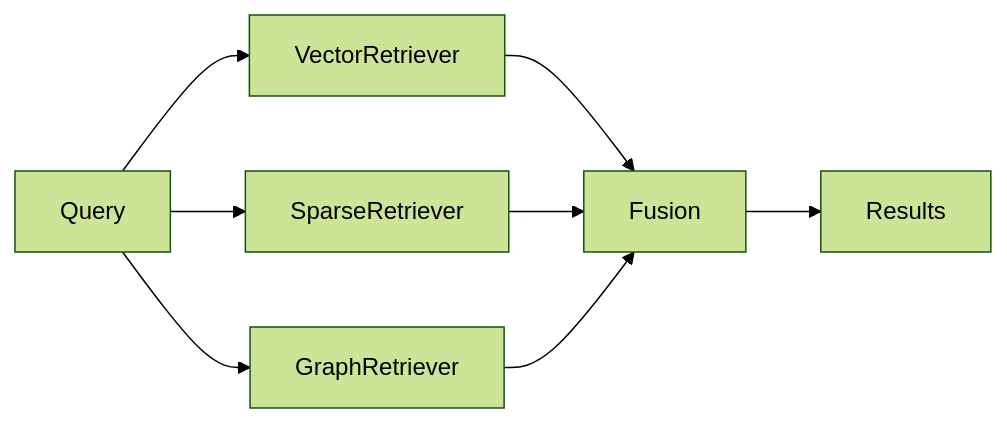
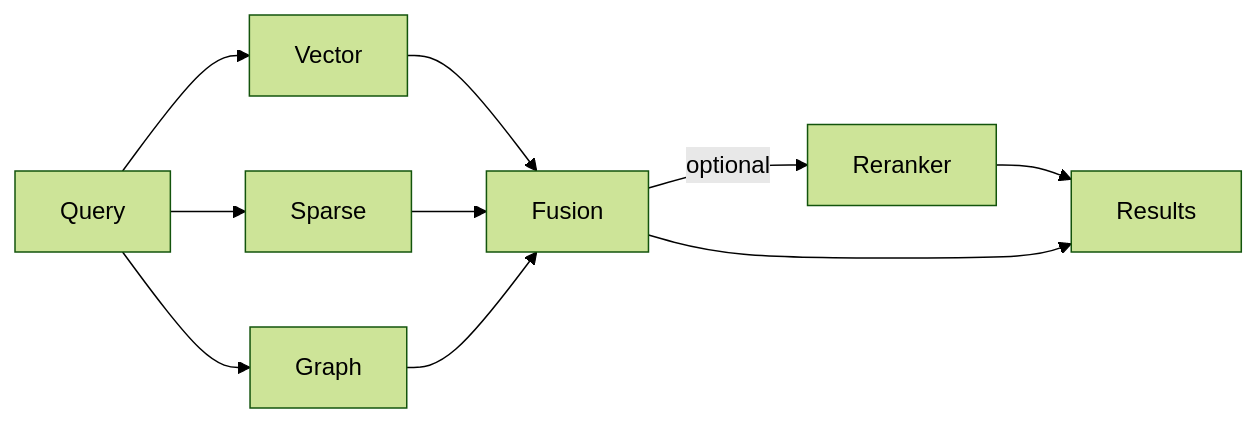
The first of 2 diagrams in mkdocs/docs/retrieval/overview.md (DMontgomery40/ragweld), drawn with Mermaid (forest theme) before and after one commit. The commit also changed other lines of this file and 92 other files, not shown here.

````diff
--- a/mkdocs/docs/retrieval/overview.md
+++ b/mkdocs/docs/retrieval/overview.md
@@ -47,10 +60,14 @@
 ```mermaid
 flowchart LR
-    Query --> Vector[VectorRetriever]
-    Query --> Sparse[SparseRetriever]
-    Query --> Graph[GraphRetriever]
-    Vector --> Fusion
-    Sparse --> Fusion
-    Graph --> Fusion
-    Fusion --> Results
+    Q[Query] --> V[Vector]
+    Q --> S[Sparse]
+    Q --> G[Graph]
+
+    V --> F[Fusion]
+    S --> F
+    G --> F
+
+    F -->|optional| R[Reranker]
+    R --> OUT[Results]
+    F --> OUT
 ```
````
